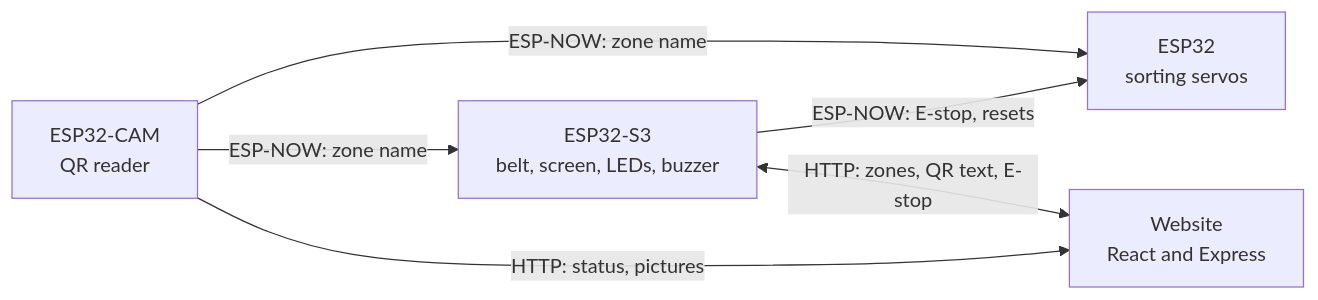
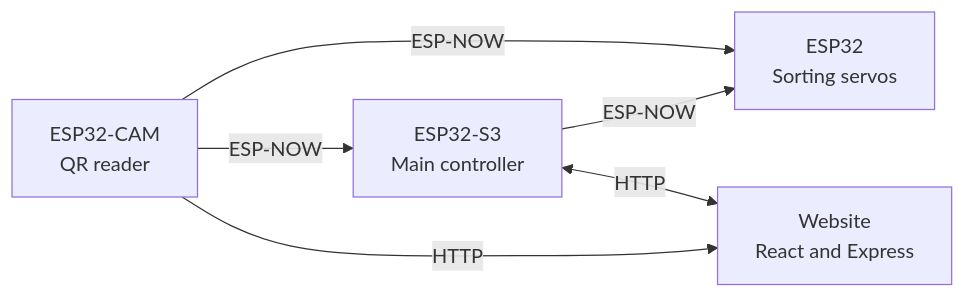
The diagram in README.md (adam-ctrlc/zone-monitor), drawn with Mermaid before and after one commit. The commit also changed other lines of this file, not shown here.

Commit message:
Simplify README diagram to stop labels overlapping
Keep only the link type on each arrow and list what each link carries in
a table below it.

````diff
--- a/README.md
+++ b/README.md
@@ -9,8 +9,13 @@
 ```mermaid
 flowchart LR
-    CAM["ESP32-CAM<br/>QR reader"] -- "ESP-NOW: zone name" --> S3["ESP32-S3<br/>belt, screen, LEDs, buzzer"]
-    CAM -- "ESP-NOW: zone name" --> SERVO["ESP32<br/>sorting servos"]
-    S3 -- "ESP-NOW: E-stop, resets" --> SERVO
-    S3 <-- "HTTP: zones, QR text, E-stop" --> WEB["Website<br/>React and Express"]
-    CAM -- "HTTP: status, pictures" --> WEB
+    CAM["ESP32-CAM<br/>QR reader"]
+    S3["ESP32-S3<br/>Main controller"]
+    SERVO["ESP32<br/>Sorting servos"]
+    WEB["Website<br/>React and Express"]
+
+    CAM -->|ESP-NOW| S3
+    CAM -->|ESP-NOW| SERVO
+    S3 -->|ESP-NOW| SERVO
+    S3 <-->|HTTP| WEB
+    CAM -->|HTTP| WEB
 ```
````
